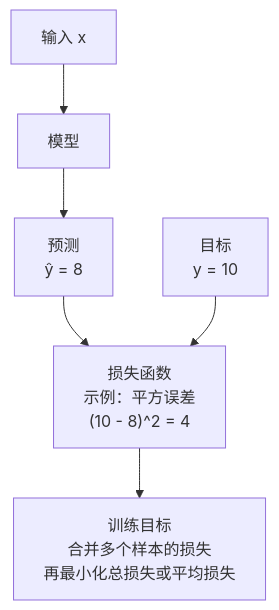
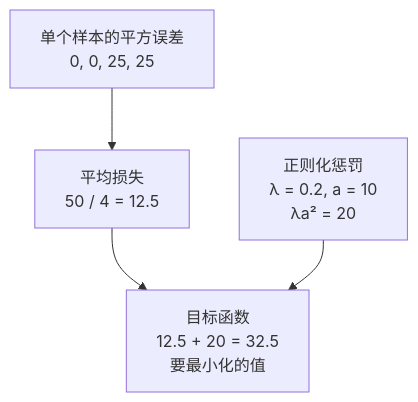
The diagram in docs/assets/part-02/chapter-06/loss-objective-flow-zh.mmd (devchan64/AiBook), drawn with Mermaid before and after one commit. The commit also changed 7 other files, not shown here.

```diff
--- a/docs/assets/part-02/chapter-06/loss-objective-flow-zh.mmd
+++ b/docs/assets/part-02/chapter-06/loss-objective-flow-zh.mmd
@@ -1,12 +1,8 @@
 flowchart TD
-  X["输入 x"]
-  M["模型"]
-  P["预测<br/>ŷ = 8"]
-  Y["目标<br/>y = 10"]
-  L["损失函数<br/>示例：平方误差<br/>(10 - 8)^2 = 4"]
-  O["训练目标<br/>合并多个样本的损失<br/>再最小化总损失或平均损失"]
-
-  X --> M --> P
-  P --> L
-  Y --> L
-  L --> O
+  L["单个样本的平方误差<br/>0, 0, 25, 25"]
+  M["平均损失<br/>50 / 4 = 12.5"]
+  R["正则化惩罚<br/>λ = 0.2, a = 10<br/>λa² = 20"]
+  O["目标函数<br/>12.5 + 20 = 32.5<br/>要最小化的值"]
+  L --> M
+  M --> O
+  R --> O
```
